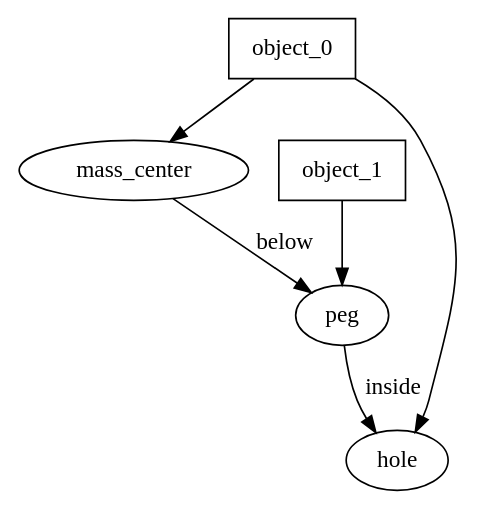
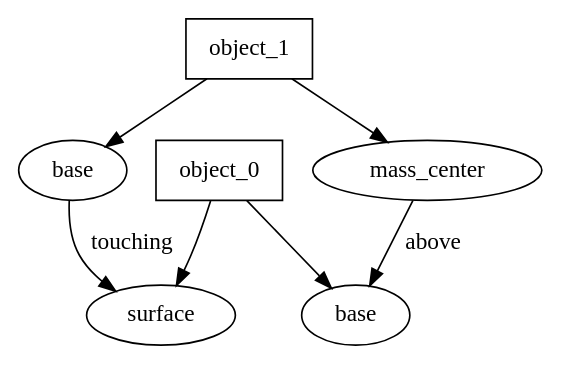
The diagram in graph_skill.dot (lubiluk/halepensis), drawn with Graphviz before and after one commit. The commit also changed 30 other files, not shown here.

```diff
--- a/graph_skill.dot
+++ b/graph_skill.dot
@@ -1,12 +1,14 @@
 digraph G {
-0[label="object_0" shape=box];
-1[label="mass_center"];
-2[label="object_1" shape=box];
-3[label="peg"];
-4[label="hole"];
+0[label="object_1" shape=box];
+1[label="base"];
+2[label="object_0" shape=box];
+3[label="surface"];
+4[label="mass_center"];
+5[label="base"];
 0->1 [label=""];
 2->3 [label=""];
-1->3 [label="below"];
+1->3 [label="touching"];
 0->4 [label=""];
-3->4 [label="inside"];
+2->5 [label=""];
+4->5 [label="above"];
 }
```
